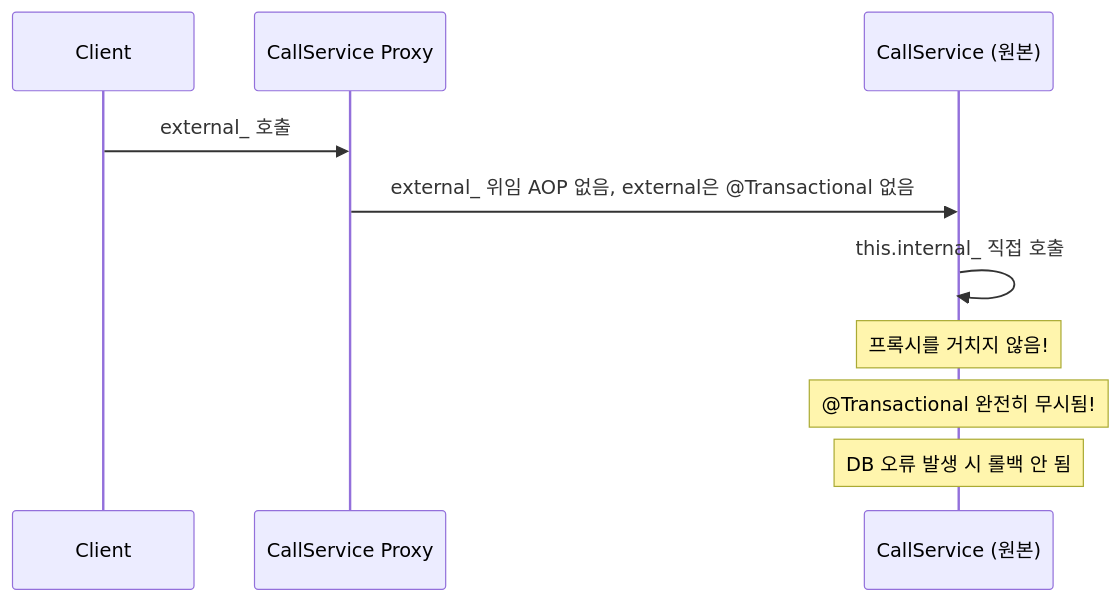
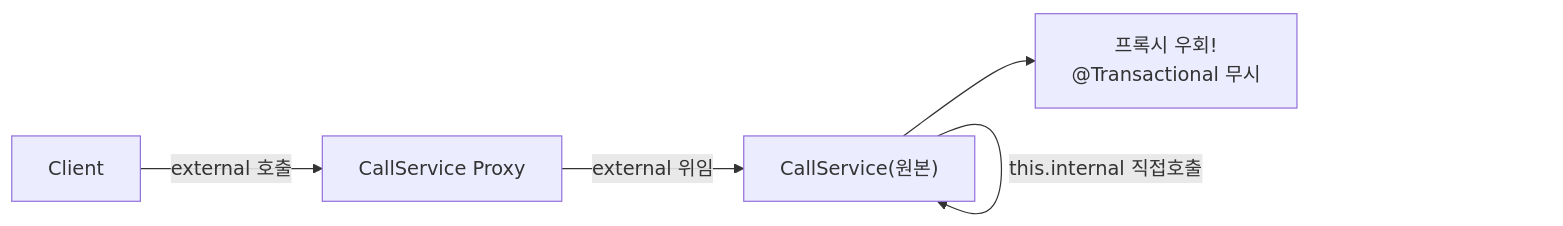
The tenth of 11 diagrams in _posts/spring/2026-05-02-spring-core-advanced.md (yjkim2015/yjkim2015.github.io), drawn with Mermaid before and after one commit. The commit also changed other lines of this file and 84 other files, not shown here.

First line of the commit message:
85개 포스트 Mermaid 다이어그램 규칙 일괄 수정

````diff
--- a/_posts/spring/2026-05-02-spring-core-advanced.md
+++ b/_posts/spring/2026-05-02-spring-core-advanced.md
@@ -632,12 +617,7 @@
 ```mermaid
-sequenceDiagram
-    participant C as Client
-    participant P as CallService Proxy
-    participant T as CallService (원본)
-    C->>P: external_ 호출
-    P->>T: external_ 위임 AOP 없음, external은 @Transactional 없음
-    T->>T: this.internal_ 직접 호출
-    Note over T: 프록시를 거치지 않음!
-    Note over T: @Transactional 완전히 무시됨!
-    Note over T: DB 오류 발생 시 롤백 안 됨
+graph LR
+    C["Client"] -->|"external 호출"| P["CallService Proxy"]
+    P -->|"external 위임"| T["CallService(원본)"]
+    T -->|"this.internal 직접호출"| T
+    T --> WARN["프록시 우회!\n@Transactional 무시"]
 ```
````
